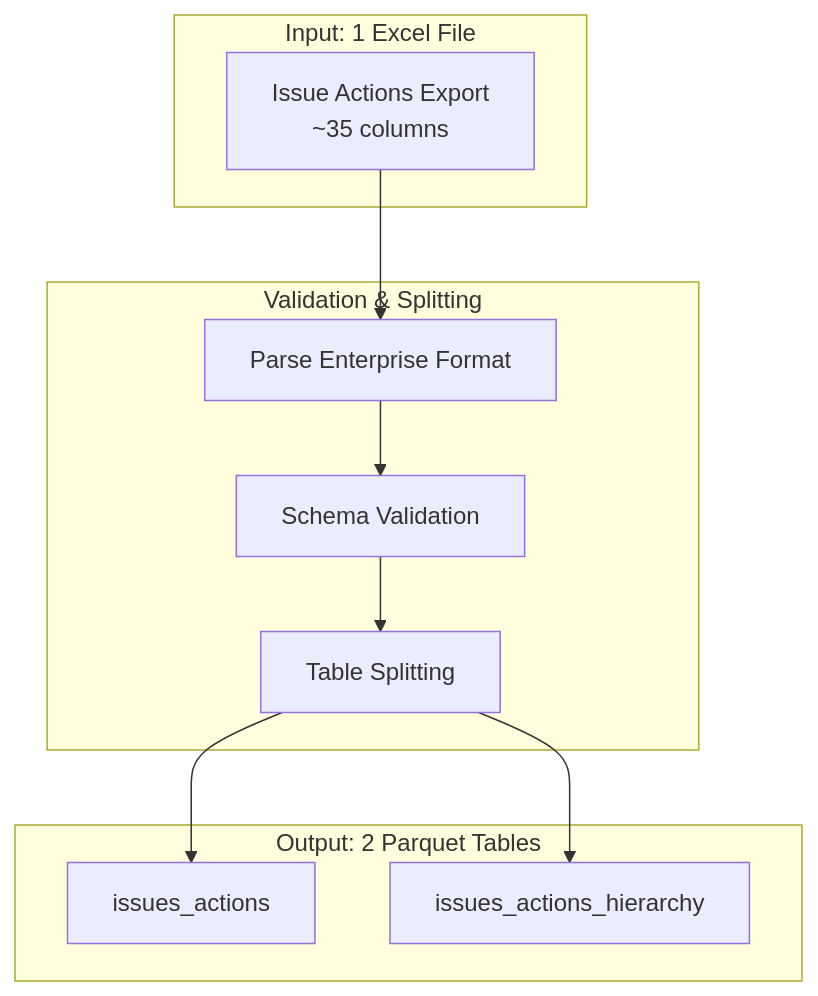
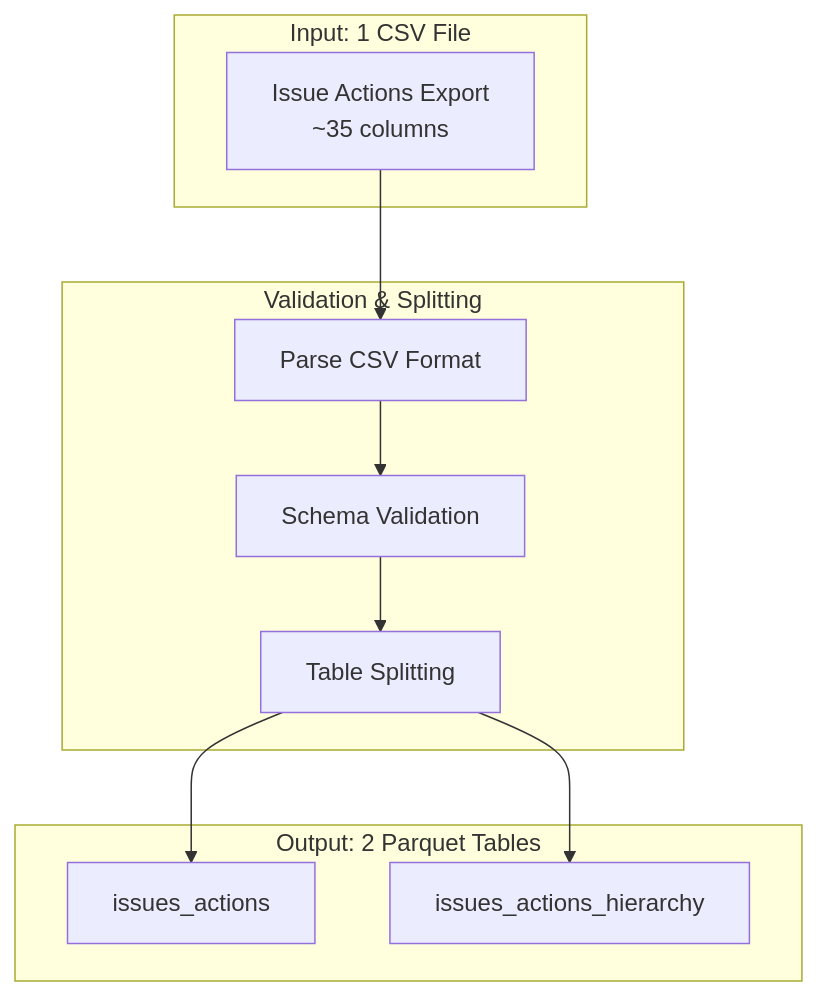
The first of 7 diagrams in docs/pipelines/actions-pipeline.md (white07S/application), drawn with Mermaid before and after one commit. The commit also changed other lines of this file and 28 other files, not shown here.

````diff
--- a/docs/pipelines/actions-pipeline.md
+++ b/docs/pipelines/actions-pipeline.md
@@ -13,23 +13,23 @@
 ```mermaid
 flowchart TB
-    subgraph Input["Input: 1 Excel File"]
-        EXCEL[Issue Actions Export<br/>~35 columns]
+    subgraph Input["Input: 1 CSV File"]
+        CSV[Issue Actions Export<br/>~35 columns]
     end
 
     subgraph Validation["Validation & Splitting"]
-        PARSE[Parse Enterprise Format]
+        PARSE[Parse CSV Format]
         VALIDATE[Schema Validation]
         SPLIT[Table Splitting]
     end
 
     subgraph Output["Output: 2 Parquet Tables"]
         MAIN[issues_actions]
         HIER[issues_actions_hierarchy]
     end
 
-    EXCEL --> PARSE
+    CSV --> PARSE
     PARSE --> VALIDATE
     VALIDATE --> SPLIT
     SPLIT --> MAIN
     SPLIT --> HIER
 ```
````
